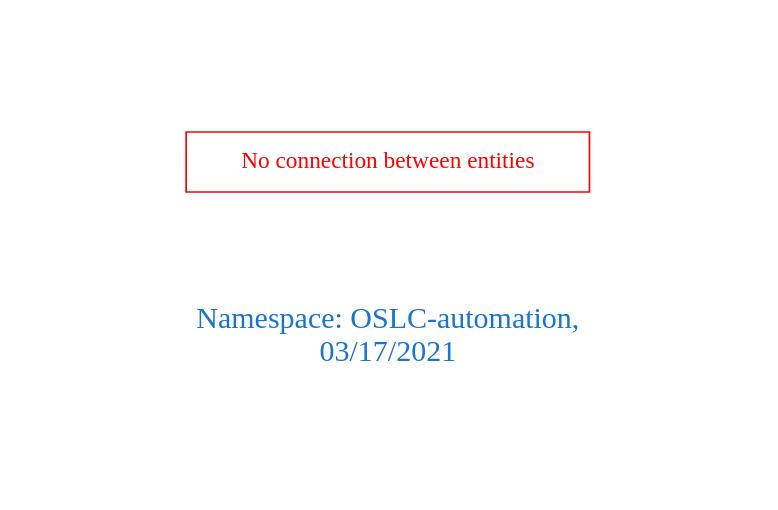
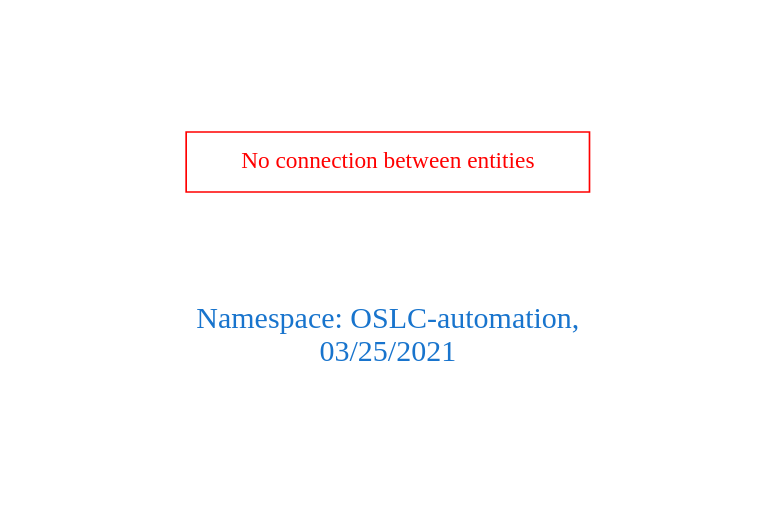
One commit to arago/OGIT changed the diagram in downloads/OSLC-automation.dot. Above: the diagram before and after it, drawn with Graphviz. The commit also changed 1860 other files, not shown here.

```diff
--- a/downloads/OSLC-automation.dot
+++ b/downloads/OSLC-automation.dot
@@ -1,9 +1,9 @@
 digraph OGIT_ontology {
  graph [ rankdir= LR,pad=1 
 fontsize = 18,
-fontcolor= dodgerblue3,label = "\n\n\nNamespace: OSLC-automation, \n 03/17/2021"];
+fontcolor= dodgerblue3,label = "\n\n\nNamespace: OSLC-automation, \n 03/25/2021"];
 node[shape=polygon];
 edge [  color="gray81"];
 
 "No connection between entities" [fontcolor = "red",color="red", shape="polygon"]
 }
```
